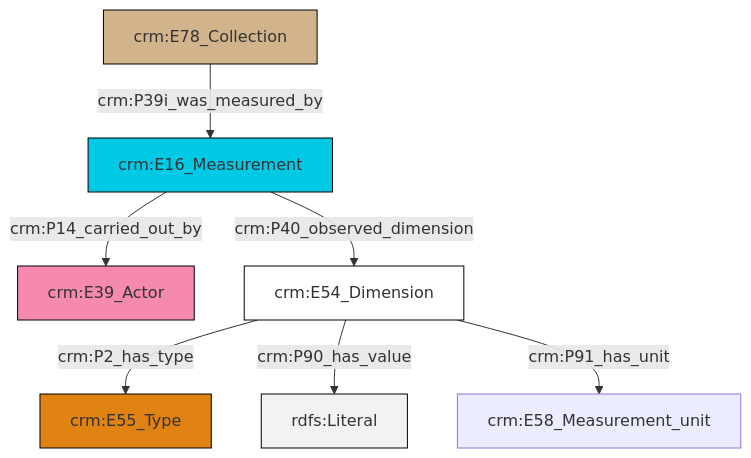
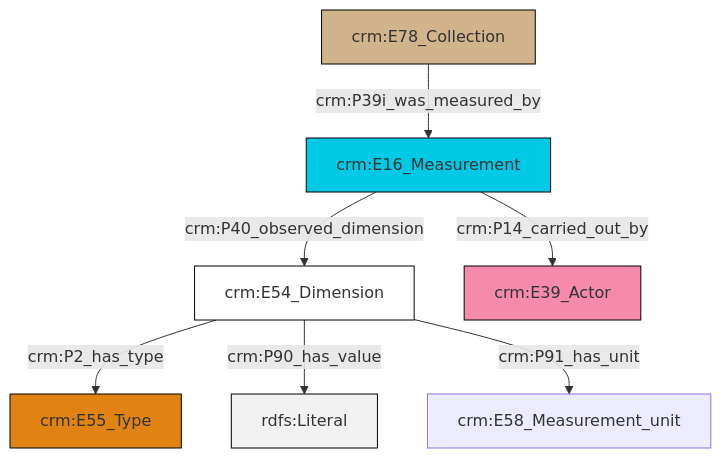
Before and after one commit to swiss-art-research-net/docs.swissartresearch: the diagram in et/archivalCSV/ttl/mmd/archival_substance.ttl.mmd, drawn with Mermaid. The commit also changed 177 other files, not shown here.

```diff
--- a/et/archivalCSV/ttl/mmd/archival_substance.ttl.mmd
+++ b/et/archivalCSV/ttl/mmd/archival_substance.ttl.mmd
@@ -1,21 +1,21 @@
 graph TD
 classDef Literal fill:#f2f2f2,stroke:#000000;
 classDef CRM_Entity fill:#FFFFFF,stroke:#000000;
 classDef Temporal_Entity fill:#00C9E6, stroke:#000000;
 classDef Type fill:#E18312, stroke:#000000;
 classDef Time-Span fill:#2C9C91, stroke:#000000;
 classDef Appellation fill:#FFEB7F, stroke:#000000;
 classDef Place fill:#008836, stroke:#000000;
 classDef Persistent_Item fill:#B266B2, stroke:#000000;
 classDef Conceptual_Object fill:#FFD700, stroke:#000000;
 classDef Physical_Thing fill:#D2B48C, stroke:#000000;
 classDef Actor fill:#f58aad, stroke:#000000;
 classDef PC_Classes fill:#4ce600, stroke:#000000;
 classDef Multi fill:#cccccc,stroke:#000000;
 
-0["crm:E78_Collection"]:::Physical_Thing -->|crm:P39i_was_measured_by| 1["crm:E16_Measurement"]:::Temporal_Entity
-4["crm:E54_Dimension"]:::CRM_Entity -->|crm:P2_has_type| 5["crm:E55_Type"]:::Type
-4["crm:E54_Dimension"]:::CRM_Entity -->|crm:P90_has_value| 7[rdfs:Literal]:::Literal
-4["crm:E54_Dimension"]:::CRM_Entity -->|crm:P91_has_unit| 9["crm:E58_Measurement_unit"]:::Default
-1["crm:E16_Measurement"]:::Temporal_Entity -->|crm:P14_carried_out_by| 2["crm:E39_Actor"]:::Actor
-1["crm:E16_Measurement"]:::Temporal_Entity -->|crm:P40_observed_dimension| 4["crm:E54_Dimension"]:::CRM_Entity
+0["crm:E54_Dimension"]:::CRM_Entity -->|crm:P2_has_type| 1["crm:E55_Type"]:::Type
+2["crm:E16_Measurement"]:::Temporal_Entity -->|crm:P14_carried_out_by| 5["crm:E39_Actor"]:::Actor
+0["crm:E54_Dimension"]:::CRM_Entity -->|crm:P90_has_value| 7[rdfs:Literal]:::Literal
+10["crm:E78_Collection"]:::Physical_Thing -->|crm:P39i_was_measured_by| 2["crm:E16_Measurement"]:::Temporal_Entity
+0["crm:E54_Dimension"]:::CRM_Entity -->|crm:P91_has_unit| 8["crm:E58_Measurement_unit"]:::Default
+2["crm:E16_Measurement"]:::Temporal_Entity -->|crm:P40_observed_dimension| 0["crm:E54_Dimension"]:::CRM_Entity
```
